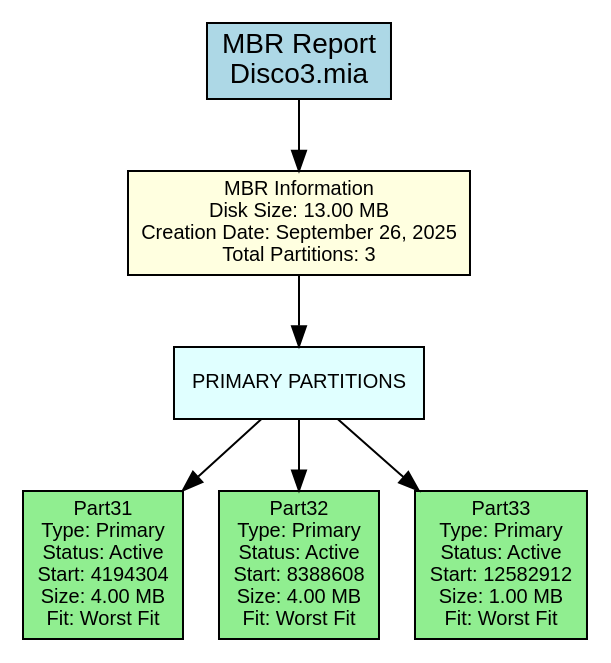
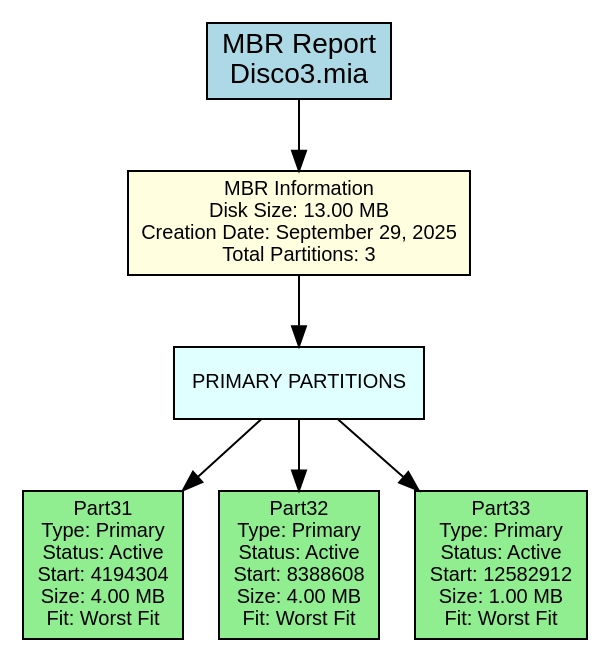
The diagram in backend/provider/reports/src/mbr_382B.dot (DiegVas/MIA_2S2025_P2_202300638), drawn with Graphviz before and after one commit. The commit also changed 16 other files, not shown here.

```diff
--- a/backend/provider/reports/src/mbr_382B.dot
+++ b/backend/provider/reports/src/mbr_382B.dot
@@ -1,22 +1,22 @@
 digraph MBR_Report {
     rankdir=TB;
     node [shape=box, style=filled];
     graph [fontname="Arial", fontsize=12];
     node [fontname="Arial", fontsize=10];
     edge [fontname="Arial"];
 
     title [label="MBR Report\nDisco3.mia", fillcolor=lightblue, fontsize=14];
 
-    mbr_info [label="MBR Information\nDisk Size: 13.00 MB\nCreation Date: September 26, 2025\nTotal Partitions: 3", fillcolor=lightyellow];
+    mbr_info [label="MBR Information\nDisk Size: 13.00 MB\nCreation Date: September 29, 2025\nTotal Partitions: 3", fillcolor=lightyellow];
 
     primary_section [label="PRIMARY PARTITIONS", shape=box, style=filled, fillcolor=lightcyan];
     primary_0 [label="Part31\nType: Primary\nStatus: Active\nStart: 4194304\nSize: 4.00 MB\nFit: Worst Fit", fillcolor=lightgreen];
     primary_section -> primary_0;
     primary_1 [label="Part32\nType: Primary\nStatus: Active\nStart: 8388608\nSize: 4.00 MB\nFit: Worst Fit", fillcolor=lightgreen];
     primary_section -> primary_1;
     primary_2 [label="Part33\nType: Primary\nStatus: Active\nStart: 12582912\nSize: 1.00 MB\nFit: Worst Fit", fillcolor=lightgreen];
     primary_section -> primary_2;
 
     title -> mbr_info;
     mbr_info -> primary_section;
 }
```
